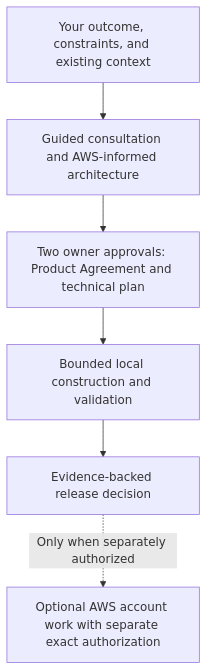
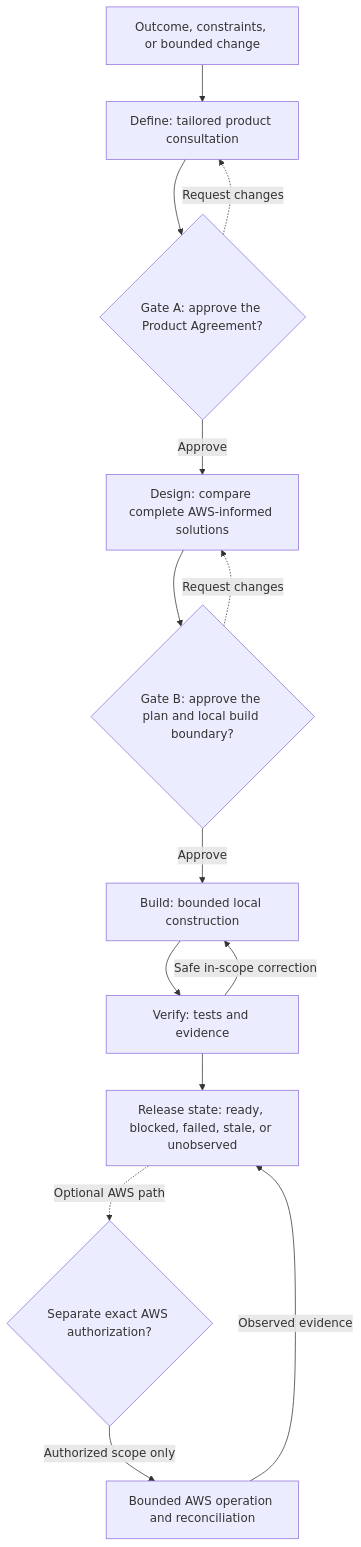
The diagram in README.md (Levi-Breedlove/codex-aws-aidlc), drawn with Mermaid before and after one commit. The commit also changed other lines of this file and 8 other files, not shown here.

First line of the commit message:
docs: strengthen Fastlane documentation flow (#100)

````diff
--- a/README.md
+++ b/README.md
@@ -42,15 +36,31 @@
 ```mermaid
 flowchart TB
-    accTitle: Fastlane governance at a glance
-    accDescr: The owner brings the outcome, approves product and technical boundaries, Codex builds and verifies locally, and every AWS account action remains separately authorized.
+    accTitle: Fastlane governed delivery at a glance
+    accDescr: The owner defines the product and approves two boundaries. Fastlane designs, builds, and verifies locally. AWS work requires separate exact authorization and returns observed evidence to release review.
 
-    OUTCOME["Your outcome, constraints, and existing context"]
-    CONSULT["Guided consultation and AWS-informed architecture"]
-    APPROVALS["Two owner approvals: Product Agreement and technical plan"]
-    BUILD["Bounded local construction and validation"]
-    EVIDENCE["Evidence-backed release decision"]
-    AWS["Optional AWS account work with separate exact authorization"]
+    IDEA["Outcome, constraints, or bounded change"]
+    DEFINE["Define: tailored product consultation"]
+    GATEA{"Gate A: approve the Product Agreement?"}
+    DESIGN["Design: compare complete AWS-informed solutions"]
+    GATEB{"Gate B: approve the plan and local build boundary?"}
+    BUILD["Build: bounded local construction"]
+    VERIFY["Verify: tests and evidence"]
+    RESULT["Release state: ready, blocked, failed, stale, or unobserved"]
+    AWSAUTH{"Separate exact AWS authorization?"}
+    AWSOPS["Bounded AWS operation and reconciliation"]
 
-    OUTCOME --> CONSULT --> APPROVALS --> BUILD --> EVIDENCE
-    EVIDENCE -. "Only when separately authorized" .-> AWS
+    IDEA --> DEFINE --> GATEA
+    GATEA -->|"Approve"| DESIGN
+    GATEA -. "Request changes" .-> DEFINE
+
+    DESIGN --> GATEB
+    GATEB -->|"Approve"| BUILD
+    GATEB -. "Request changes" .-> DESIGN
+
+    BUILD --> VERIFY --> RESULT
+    VERIFY -->|"Safe in-scope correction"| BUILD
+
+    RESULT -. "Optional AWS path" .-> AWSAUTH
+    AWSAUTH -->|"Authorized scope only"| AWSOPS
+    AWSOPS -->|"Observed evidence"| RESULT
 ```
````
